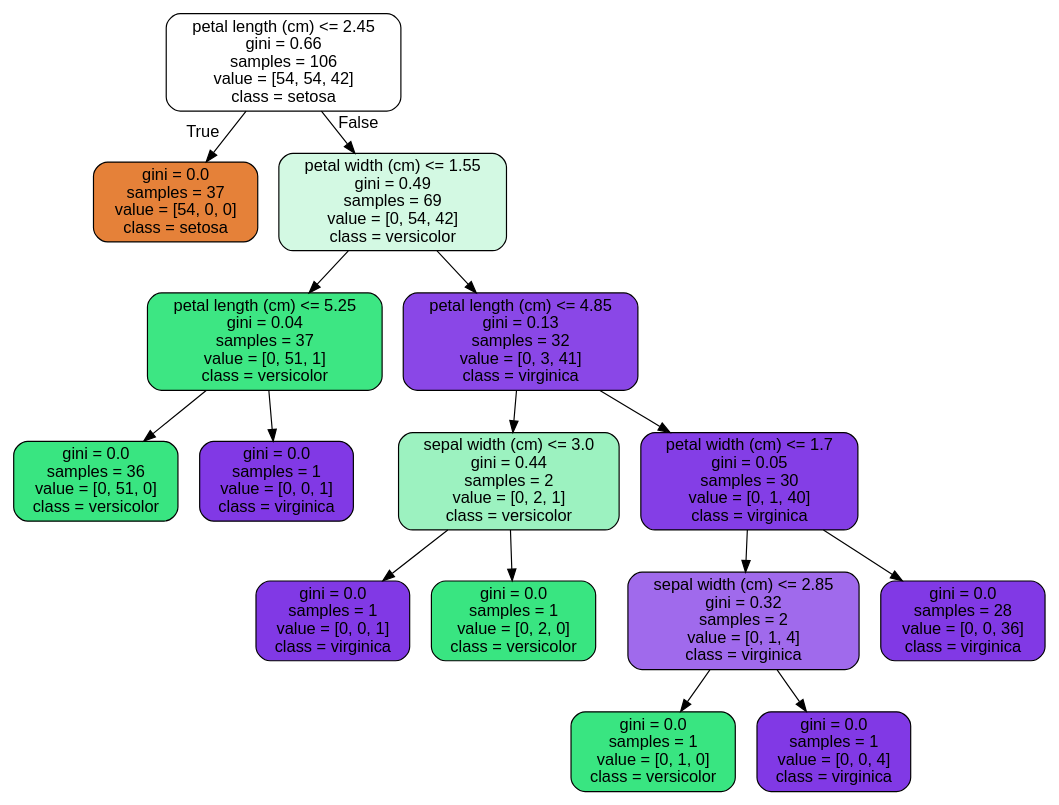
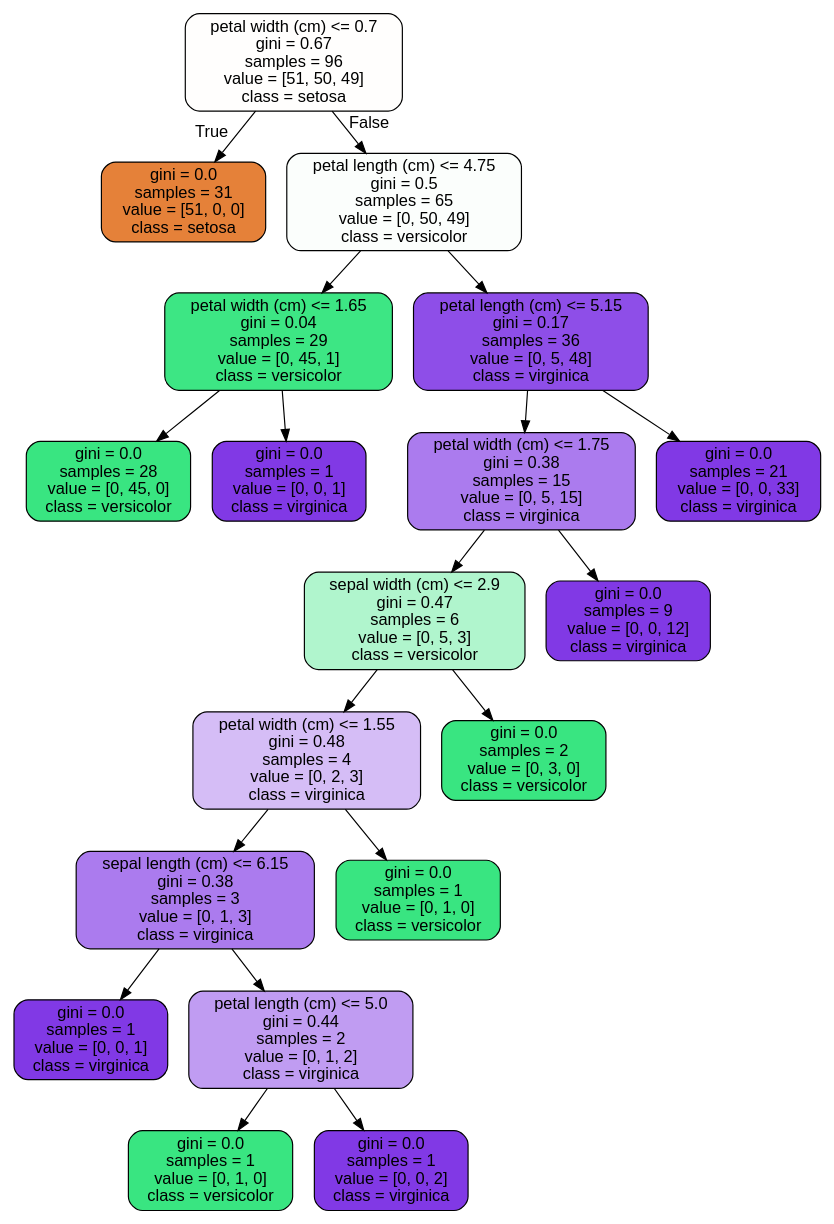
Before and after one commit to mdgarber/RandomForest_Covid_case_Study: the diagram in 1593492590_RandomForest_Covid_Case_Study_06302020/RandomForest Covid Case Study_06302020/tree.dot, drawn with Graphviz. The commit also changed 2 other files, not shown here.

```diff
--- a/1593492590_RandomForest_Covid_Case_Study_06302020/RandomForest Covid Case Study_06302020/tree.dot
+++ b/1593492590_RandomForest_Covid_Case_Study_06302020/RandomForest Covid Case Study_06302020/tree.dot
@@ -1,33 +1,41 @@
 digraph Tree {
 node [shape=box, style="filled, rounded", color="black", fontname="helvetica"] ;
 edge [fontname="helvetica"] ;
-0 [label="petal length (cm) <= 2.45\ngini = 0.66\nsamples = 106\nvalue = [54, 54, 42]\nclass = setosa", fillcolor="#ffffff"] ;
-1 [label="gini = 0.0\nsamples = 37\nvalue = [54, 0, 0]\nclass = setosa", fillcolor="#e58139"] ;
+0 [label="petal width (cm) <= 0.7\ngini = 0.67\nsamples = 96\nvalue = [51, 50, 49]\nclass = setosa", fillcolor="#fffefd"] ;
+1 [label="gini = 0.0\nsamples = 31\nvalue = [51, 0, 0]\nclass = setosa", fillcolor="#e58139"] ;
 0 -> 1 [labeldistance=2.5, labelangle=45, headlabel="True"] ;
-2 [label="petal width (cm) <= 1.55\ngini = 0.49\nsamples = 69\nvalue = [0, 54, 42]\nclass = versicolor", fillcolor="#d3f9e3"] ;
+2 [label="petal length (cm) <= 4.75\ngini = 0.5\nsamples = 65\nvalue = [0, 50, 49]\nclass = versicolor", fillcolor="#fbfefc"] ;
 0 -> 2 [labeldistance=2.5, labelangle=-45, headlabel="False"] ;
-3 [label="petal length (cm) <= 5.25\ngini = 0.04\nsamples = 37\nvalue = [0, 51, 1]\nclass = versicolor", fillcolor="#3de683"] ;
+3 [label="petal width (cm) <= 1.65\ngini = 0.04\nsamples = 29\nvalue = [0, 45, 1]\nclass = versicolor", fillcolor="#3de684"] ;
 2 -> 3 ;
-4 [label="gini = 0.0\nsamples = 36\nvalue = [0, 51, 0]\nclass = versicolor", fillcolor="#39e581"] ;
+4 [label="gini = 0.0\nsamples = 28\nvalue = [0, 45, 0]\nclass = versicolor", fillcolor="#39e581"] ;
 3 -> 4 ;
 5 [label="gini = 0.0\nsamples = 1\nvalue = [0, 0, 1]\nclass = virginica", fillcolor="#8139e5"] ;
 3 -> 5 ;
-6 [label="petal length (cm) <= 4.85\ngini = 0.13\nsamples = 32\nvalue = [0, 3, 41]\nclass = virginica", fillcolor="#8a47e7"] ;
+6 [label="petal length (cm) <= 5.15\ngini = 0.17\nsamples = 36\nvalue = [0, 5, 48]\nclass = virginica", fillcolor="#8e4ee8"] ;
 2 -> 6 ;
-7 [label="sepal width (cm) <= 3.0\ngini = 0.44\nsamples = 2\nvalue = [0, 2, 1]\nclass = versicolor", fillcolor="#9cf2c0"] ;
+7 [label="petal width (cm) <= 1.75\ngini = 0.38\nsamples = 15\nvalue = [0, 5, 15]\nclass = virginica", fillcolor="#ab7bee"] ;
 6 -> 7 ;
-8 [label="gini = 0.0\nsamples = 1\nvalue = [0, 0, 1]\nclass = virginica", fillcolor="#8139e5"] ;
+8 [label="sepal width (cm) <= 2.9\ngini = 0.47\nsamples = 6\nvalue = [0, 5, 3]\nclass = versicolor", fillcolor="#b0f5cd"] ;
 7 -> 8 ;
-9 [label="gini = 0.0\nsamples = 1\nvalue = [0, 2, 0]\nclass = versicolor", fillcolor="#39e581"] ;
-7 -> 9 ;
-10 [label="petal width (cm) <= 1.7\ngini = 0.05\nsamples = 30\nvalue = [0, 1, 40]\nclass = virginica", fillcolor="#843ee6"] ;
-6 -> 10 ;
-11 [label="sepal width (cm) <= 2.85\ngini = 0.32\nsamples = 2\nvalue = [0, 1, 4]\nclass = virginica", fillcolor="#a06aec"] ;
+9 [label="petal width (cm) <= 1.55\ngini = 0.48\nsamples = 4\nvalue = [0, 2, 3]\nclass = virginica", fillcolor="#d5bdf6"] ;
+8 -> 9 ;
+10 [label="sepal length (cm) <= 6.15\ngini = 0.38\nsamples = 3\nvalue = [0, 1, 3]\nclass = virginica", fillcolor="#ab7bee"] ;
+9 -> 10 ;
+11 [label="gini = 0.0\nsamples = 1\nvalue = [0, 0, 1]\nclass = virginica", fillcolor="#8139e5"] ;
 10 -> 11 ;
-12 [label="gini = 0.0\nsamples = 1\nvalue = [0, 1, 0]\nclass = versicolor", fillcolor="#39e581"] ;
-11 -> 12 ;
-13 [label="gini = 0.0\nsamples = 1\nvalue = [0, 0, 4]\nclass = virginica", fillcolor="#8139e5"] ;
-11 -> 13 ;
-14 [label="gini = 0.0\nsamples = 28\nvalue = [0, 0, 36]\nclass = virginica", fillcolor="#8139e5"] ;
-10 -> 14 ;
+12 [label="petal length (cm) <= 5.0\ngini = 0.44\nsamples = 2\nvalue = [0, 1, 2]\nclass = virginica", fillcolor="#c09cf2"] ;
+10 -> 12 ;
+13 [label="gini = 0.0\nsamples = 1\nvalue = [0, 1, 0]\nclass = versicolor", fillcolor="#39e581"] ;
+12 -> 13 ;
+14 [label="gini = 0.0\nsamples = 1\nvalue = [0, 0, 2]\nclass = virginica", fillcolor="#8139e5"] ;
+12 -> 14 ;
+15 [label="gini = 0.0\nsamples = 1\nvalue = [0, 1, 0]\nclass = versicolor", fillcolor="#39e581"] ;
+9 -> 15 ;
+16 [label="gini = 0.0\nsamples = 2\nvalue = [0, 3, 0]\nclass = versicolor", fillcolor="#39e581"] ;
+8 -> 16 ;
+17 [label="gini = 0.0\nsamples = 9\nvalue = [0, 0, 12]\nclass = virginica", fillcolor="#8139e5"] ;
+7 -> 17 ;
+18 [label="gini = 0.0\nsamples = 21\nvalue = [0, 0, 33]\nclass = virginica", fillcolor="#8139e5"] ;
+6 -> 18 ;
 }
```
